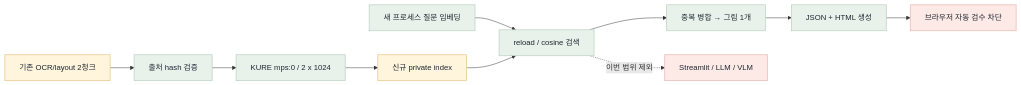
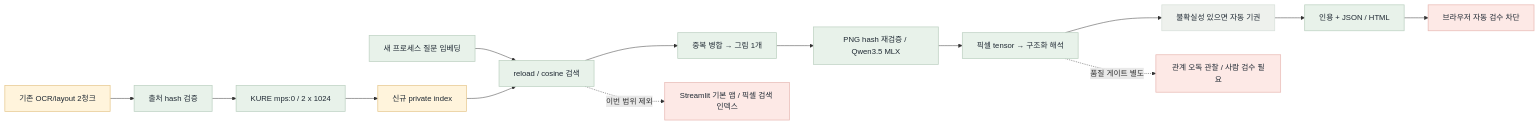
The diagram in fivecircles/architecture/specs/visual-ocr-current-flow.mmd (KongSeok/sprint-public-procurement-rag-assistant), drawn with Mermaid before and after one commit. The commit also changed 12 other files, not shown here.

Commit message:
feat(visual): answer retrieved images with local MLX VLM

```diff
--- a/fivecircles/architecture/specs/visual-ocr-current-flow.mmd
+++ b/fivecircles/architecture/specs/visual-ocr-current-flow.mmd
@@ -1,11 +1,14 @@
 flowchart LR
   A["기존 OCR/layout 2청크"]:::amber --> B["출처 hash 검증"]:::green
   B --> C["KURE mps:0 / 2 x 1024"]:::green --> D["신규 private index"]:::amber
   Q["새 프로세스 질문 임베딩"]:::green --> E["reload / cosine 검색"]:::green
   D --> E --> F["중복 병합 → 그림 1개"]:::green
-  F --> G["JSON + HTML 생성"]:::green --> H["브라우저 자동 검수 차단"]:::red
-  E -. "이번 범위 제외" .-> I["Streamlit / LLM / VLM"]:::red
+  F --> J["PNG hash 재검증 / Qwen3.5 MLX"]:::green
+  J --> K["픽셀 tensor → 구조화 해석"]:::green --> L["불확실성 있으면 자동 기권"]:::gray
+  L --> G["인용 + JSON / HTML"]:::green --> H["브라우저 자동 검수 차단"]:::red
+  K -. "품질 게이트 별도" .-> M["관계 오독 관찰 / 사람 검수 필요"]:::red
+  E -. "이번 범위 제외" .-> I["Streamlit 기본 앱 / 픽셀 검색 인덱스"]:::red
   classDef green fill:#e8f2ea,stroke:#bdd1c2,color:#1f2933,stroke-width:1.5px
   classDef amber fill:#fff4dc,stroke:#e7c88f,color:#1f2933,stroke-width:1.5px
   classDef red fill:#fde9e6,stroke:#e8bab5,color:#1f2933,stroke-width:1.5px
   classDef gray fill:#eef1ed,stroke:#d8e0da,color:#1f2933,stroke-width:1.5px
```
